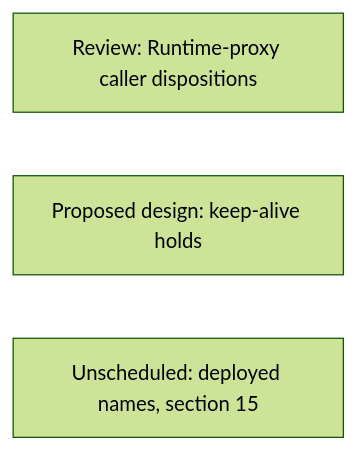
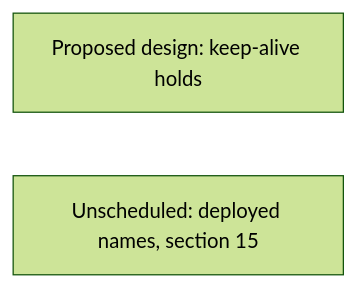
One commit to agentydragon/ducktape changed diagram 19 of 19 in agentplane/plans/task_dag.md. Above: the diagram before and after it, drawn with Mermaid (forest theme). The commit also changed other lines of this file and 5 other files, not shown here.

Commit message:
Retire the completed Agentplane Runtime caller audit

````diff
--- a/agentplane/plans/task_dag.md
+++ b/agentplane/plans/task_dag.md
@@ -3849,6 +3843,5 @@
 ```mermaid
 flowchart LR
-    RUNTIME_PROXY_CALLER_AUDIT[Review: Runtime-proxy caller dispositions]
     ENVIRONMENT_KEEP_ALIVE_HOLDS[Proposed design: keep-alive holds]
     RUNNER_GATEWAY_RENAME[Unscheduled: deployed names, section 15]
 ```
````
